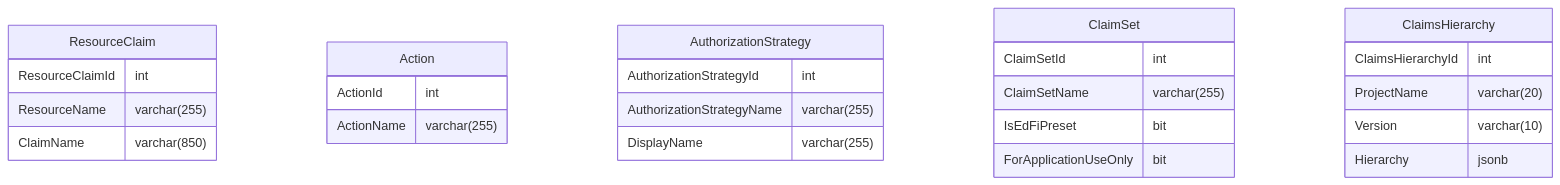
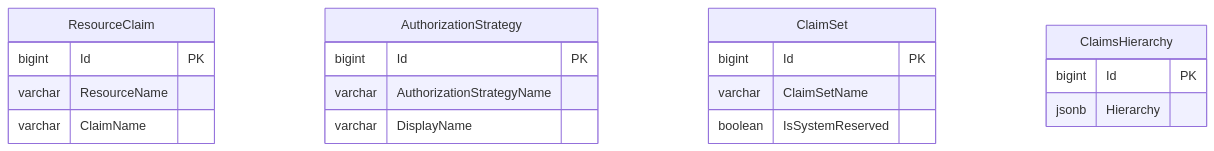
The second of 2 diagrams in reference/design/configuration-service/CLAIMSET-MGMT.md (Ed-Fi-Alliance-OSS/Data-Management-Service), drawn with Mermaid before and after one commit. The commit also changed other lines of this file and 3 other files, not shown here.

````diff
--- a/reference/design/configuration-service/CLAIMSET-MGMT.md
+++ b/reference/design/configuration-service/CLAIMSET-MGMT.md
@@ -96,29 +96,22 @@
 ```mermaid
 erDiagram
   ResourceClaim {
-    ResourceClaimId int
-    ResourceName varchar(255)
-    ClaimName varchar(850)
-  }
-  Action {
-    ActionId int
-    ActionName varchar(255)
+    bigint Id PK
+    varchar ResourceName
+    varchar ClaimName
   }
   AuthorizationStrategy {
-    AuthorizationStrategyId int
-    AuthorizationStrategyName varchar(255)
-    DisplayName varchar(255)
+    bigint Id PK
+    varchar AuthorizationStrategyName
+    varchar DisplayName
   }
   ClaimSet {
-    ClaimSetId int
-    ClaimSetName varchar(255)
-    IsEdFiPreset bit
-    ForApplicationUseOnly bit
+    bigint Id PK
+    varchar ClaimSetName
+    boolean IsSystemReserved
   }
   ClaimsHierarchy {
-    ClaimsHierarchyId int
-    ProjectName varchar(20)
-    Version varchar(10)
-    Hierarchy jsonb
+    bigint Id PK
+    jsonb Hierarchy
   }
 ```
````
